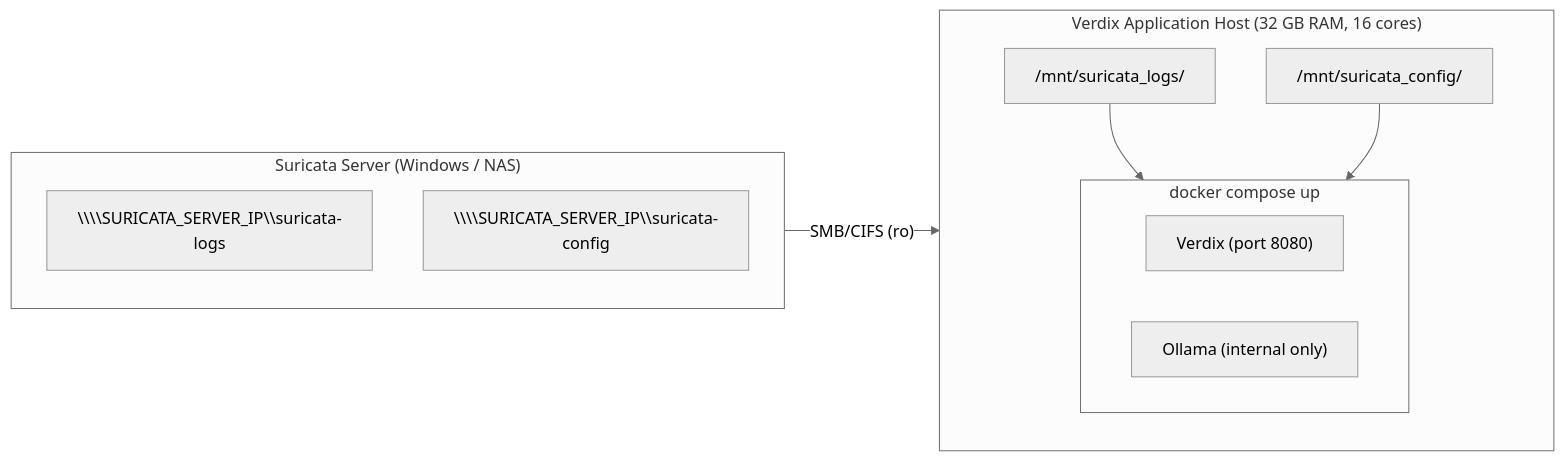
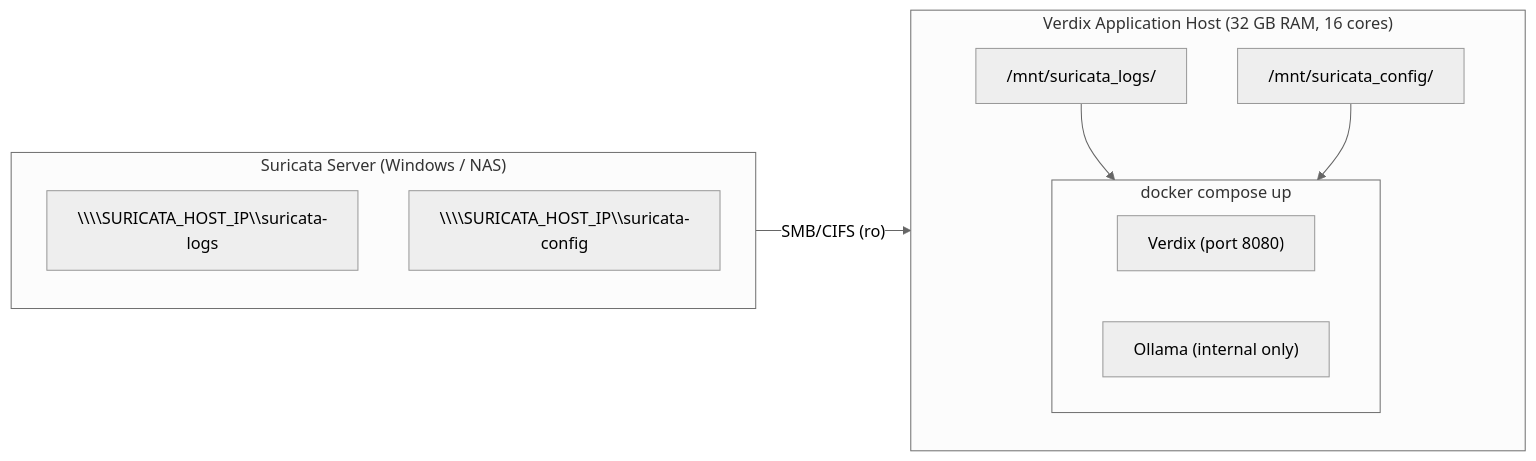
The third of 3 diagrams in docs/DEPLOYMENT.md (verdixsec/verdix), drawn with Mermaid (neutral theme) before and after one commit. The commit also changed other lines of this file and 6 other files, not shown here.

````diff
--- a/docs/DEPLOYMENT.md
+++ b/docs/DEPLOYMENT.md
@@ -382,18 +413,18 @@
 ```mermaid
 flowchart LR
     subgraph suricatasvr["Suricata Server (Windows / NAS)"]
-        w_logs["\\\\SURICATA_SERVER_IP\\suricata-logs"]
-        w_config["\\\\SURICATA_SERVER_IP\\suricata-config"]
+        w_logs["\\\\SURICATA_HOST_IP\\suricata-logs"]
+        w_config["\\\\SURICATA_HOST_IP\\suricata-config"]
     end
     subgraph apphost["Verdix Application Host (32 GB RAM, 16 cores)"]
         m_logs["/mnt/suricata_logs/"]
         m_config["/mnt/suricata_config/"]
         subgraph compose["docker compose up"]
             verdix["Verdix (port 8080)"]
             ollama["Ollama (internal only)"]
         end
         m_logs --> compose
         m_config --> compose
     end
     suricatasvr -->|"SMB/CIFS (ro)"| apphost
 ```
````
